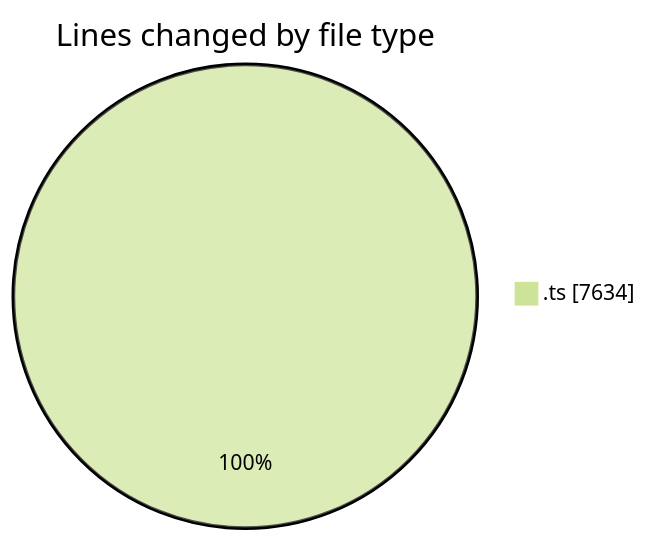
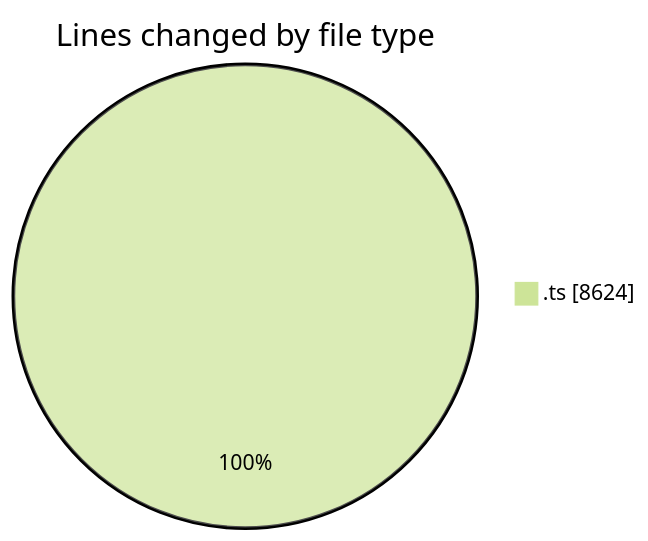
Before and after one commit to momahboobian/code-tracking: the first of 2 diagrams in 2025-10-23/cda/README.md, drawn with Mermaid (forest theme). The commit also changed other lines of this file and 1 other file, not shown here.

````diff
--- a/2025-10-23/cda/README.md
+++ b/2025-10-23/cda/README.md
@@ -26,5 +26,5 @@
 ```mermaid
 pie showData
 title Lines changed by file type
-".ts" : 7634
+".ts" : 8624
 ```
````
